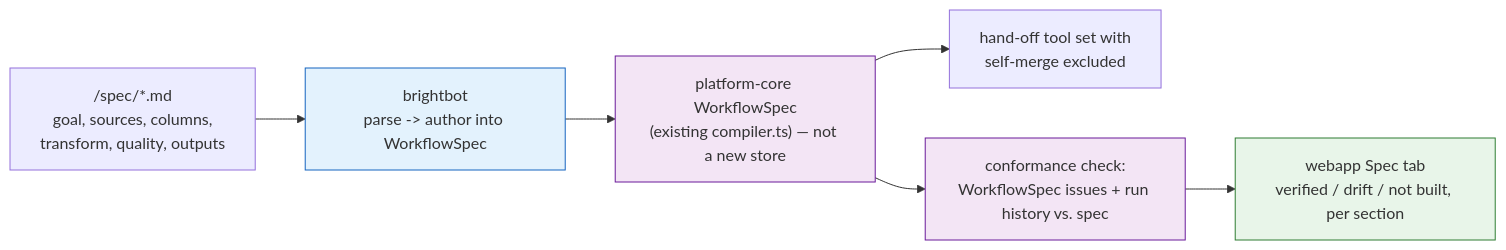
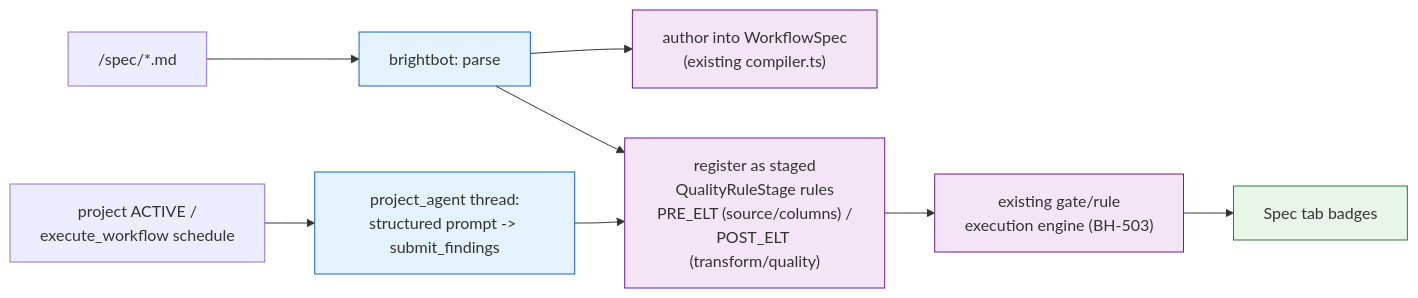
Before and after one commit to brighthive/agentic-project-mgmt: the diagram in docs/specs/THEME-spec-driven-pipelines.md, drawn with Mermaid. The commit also changed other lines of this file, not shown here.

First line of the commit message:
docs(specs): ground spec-driven-pipelines in real platform primitives

````diff
--- a/docs/specs/THEME-spec-driven-pipelines.md
+++ b/docs/specs/THEME-spec-driven-pipelines.md
@@ -21,14 +22,16 @@
 ```mermaid
 flowchart LR
-  SPEC["/spec/*.md<br/>goal, sources, columns,<br/>transform, quality, outputs"] --> PARSE["brightbot<br/>parse -> author into WorkflowSpec"]
-  PARSE --> WFS["platform-core WorkflowSpec<br/>(existing compiler.ts) — not a new store"]
-  WFS --> ENG["hand-off tool set with<br/>self-merge excluded"]
-  WFS --> CONFORM["conformance check:<br/>WorkflowSpec issues + run history vs. spec"]
-  CONFORM --> BADGE["webapp Spec tab<br/>verified / drift / not built, per section"]
+  SPEC["/spec/*.md"] --> PARSE["brightbot: parse"]
+  PARSE --> WFS["author into WorkflowSpec<br/>(existing compiler.ts)"]
+  PARSE --> GATE["register as staged<br/>QualityRuleStage rules<br/>PRE_ELT (source/columns) /<br/>POST_ELT (transform/quality)"]
+  GATE --> EXEC["existing gate/rule<br/>execution engine (BH-503)"]
+  EXEC --> BADGE["Spec tab badges"]
+  ACT["project ACTIVE /<br/>execute_workflow schedule"] --> THREAD["project_agent thread:<br/>structured prompt -> submit_findings"]
+  THREAD --> GATE
   classDef bot fill:#e3f2fd,stroke:#1565c0
   classDef core fill:#f3e5f5,stroke:#6a1b9a
   classDef web fill:#e8f5e9,stroke:#2e7d32
-  class PARSE bot
-  class WFS,CONFORM core
+  class PARSE,THREAD bot
+  class WFS,GATE,EXEC core
   class BADGE web
 ```
````
